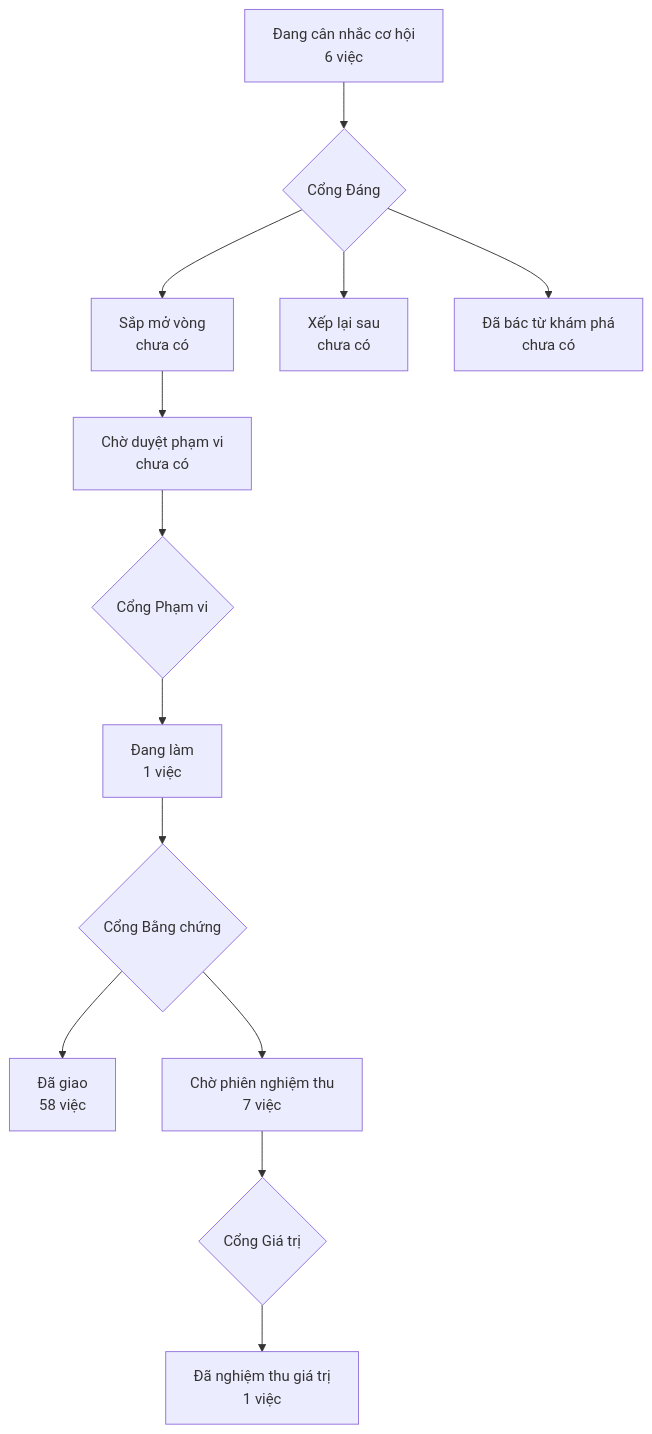
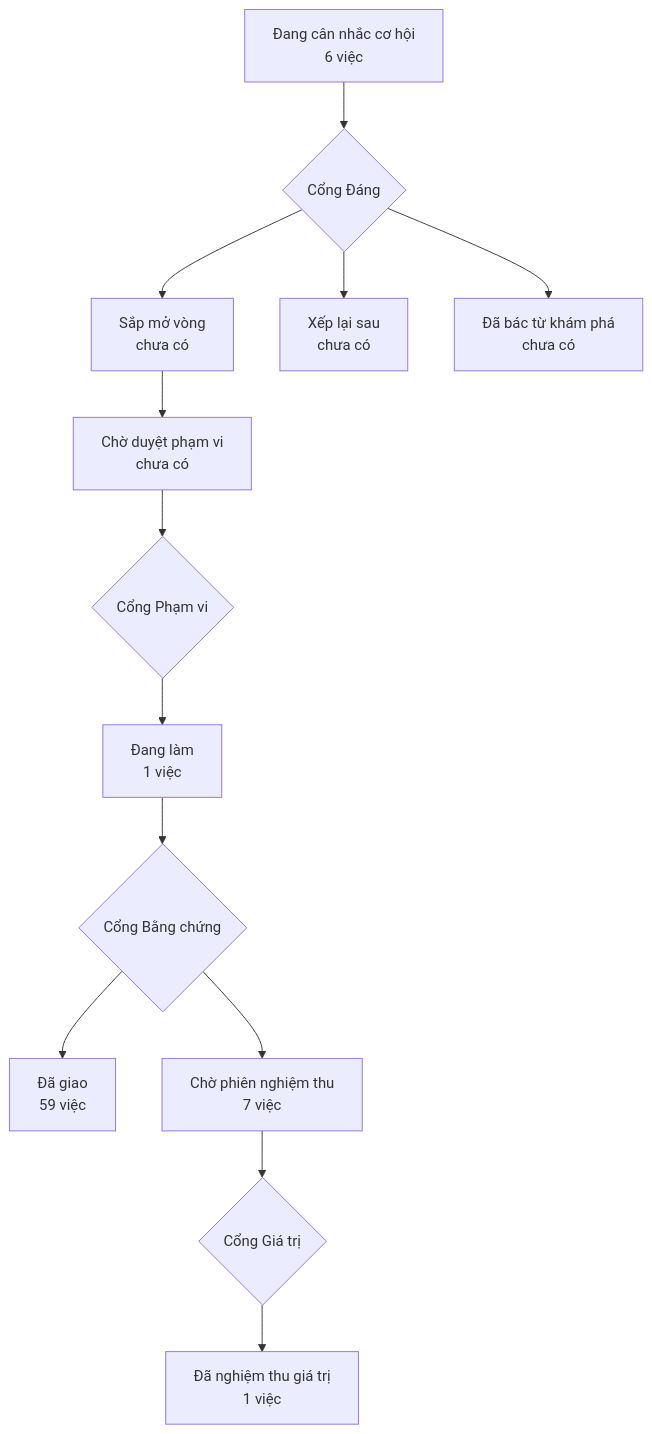
The diagram in PRODUCT-MAP.md (phanlemanh/crm-onehub), drawn with Mermaid before and after one commit. The commit also changed other lines of this file and 3 other files, not shown here.

````diff
--- a/PRODUCT-MAP.md
+++ b/PRODUCT-MAP.md
@@ -6,12 +6,12 @@
 ```mermaid
 flowchart TD
   A["Đang cân nhắc cơ hội<br/>6 việc"] --> GD{"Cổng Đáng"}
   GD --> B["Sắp mở vòng<br/>chưa có"]
   GD --> XL["Xếp lại sau<br/>chưa có"]
   GD --> DB["Đã bác từ khám phá<br/>chưa có"]
   B --> CD["Chờ duyệt phạm vi<br/>chưa có"] --> GP{"Cổng Phạm vi"}
   GP --> DL["Đang làm<br/>1 việc"] --> GB{"Cổng Bằng chứng"}
-  GB --> DG["Đã giao<br/>58 việc"]
+  GB --> DG["Đã giao<br/>59 việc"]
   GB --> CN["Chờ phiên nghiệm thu<br/>7 việc"] --> GG{"Cổng Giá trị"}
   GG --> NT["Đã nghiệm thu giá trị<br/>1 việc"]
 ```
````
